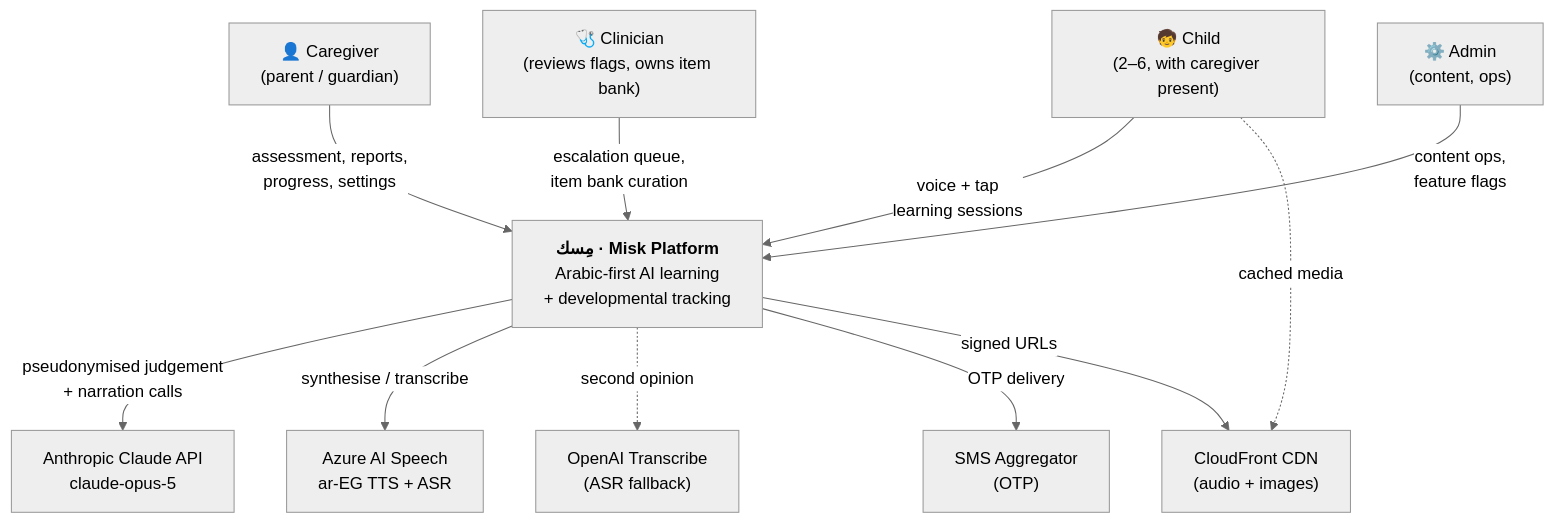
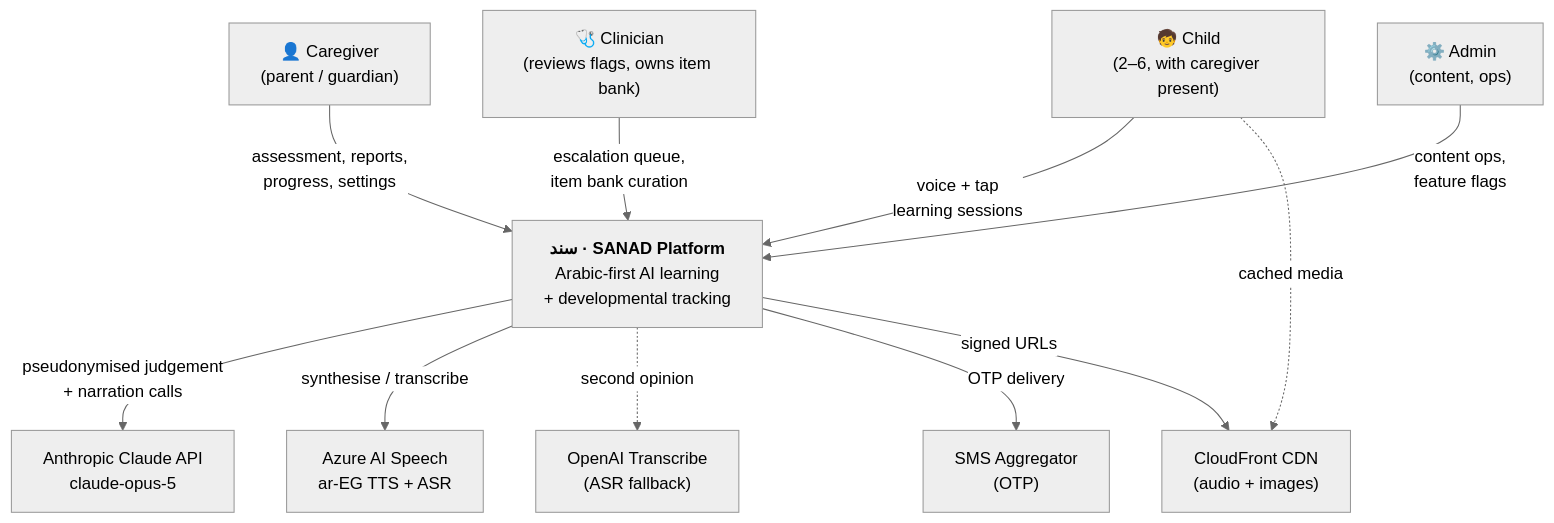
One commit to BimaAbf/sanad changed the first of 6 diagrams in docs/01-hld.md. Above: the diagram before and after it, drawn with Mermaid (neutral theme). The commit also changed 181 other files, not shown here.

````diff
--- a/docs/01-hld.md
+++ b/docs/01-hld.md
@@ -28,27 +28,27 @@
 ```mermaid
 graph TB
     CG["👤 Caregiver<br/>(parent / guardian)"]
     CH["🧒 Child<br/>(2–6, with caregiver present)"]
     CL["🩺 Clinician<br/>(reviews flags, owns item bank)"]
     AD["⚙️ Admin<br/>(content, ops)"]
 
-    SYS["<b>مِسك · Misk Platform</b><br/>Arabic-first AI learning<br/>+ developmental tracking"]
+    SYS["<b>سند · SANAD Platform</b><br/>Arabic-first AI learning<br/>+ developmental tracking"]
 
     ANT["Anthropic Claude API<br/>claude-opus-5"]
     AZ["Azure AI Speech<br/>ar-EG TTS + ASR"]
     OAI["OpenAI Transcribe<br/>(ASR fallback)"]
     SMS["SMS Aggregator<br/>(OTP)"]
     CDN["CloudFront CDN<br/>(audio + images)"]
 
     CG -->|"assessment, reports,<br/>progress, settings"| SYS
     CH -->|"voice + tap<br/>learning sessions"| SYS
     CL -->|"escalation queue,<br/>item bank curation"| SYS
     AD -->|"content ops,<br/>feature flags"| SYS
 
     SYS -->|"pseudonymised judgement<br/>+ narration calls"| ANT
     SYS -->|"synthesise / transcribe"| AZ
     SYS -.->|"second opinion"| OAI
     SYS -->|"OTP delivery"| SMS
     SYS -->|"signed URLs"| CDN
     CH -.->|"cached media"| CDN
 ```
````
